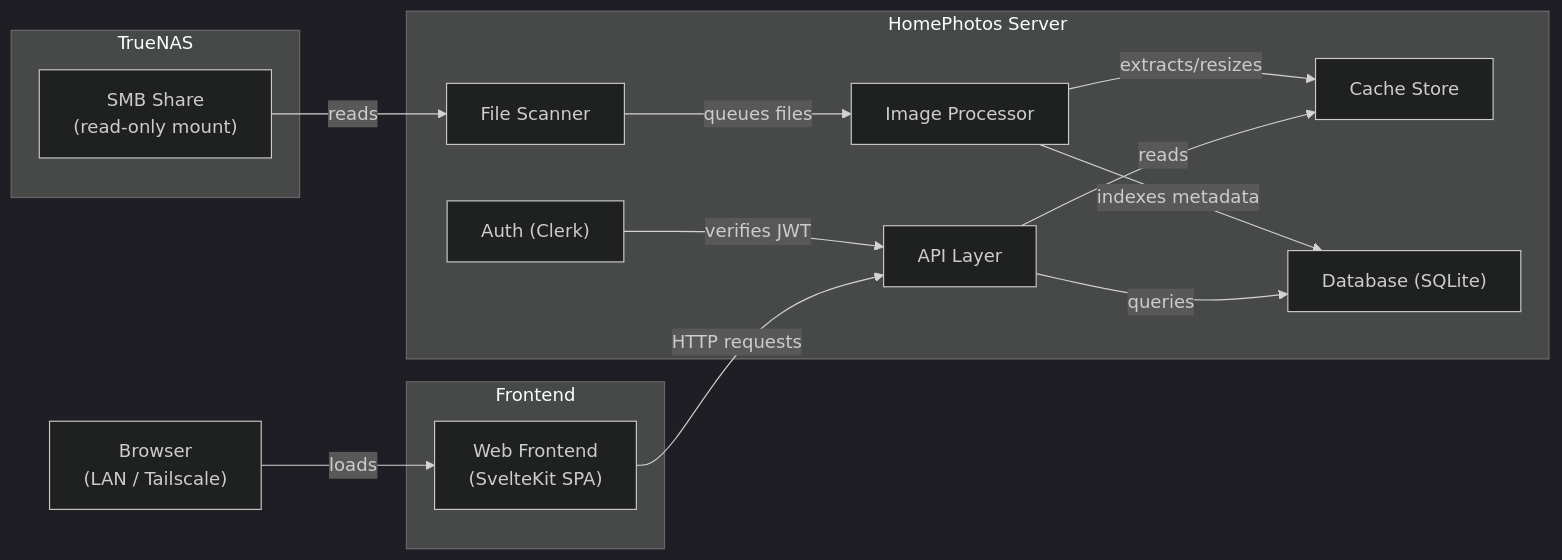
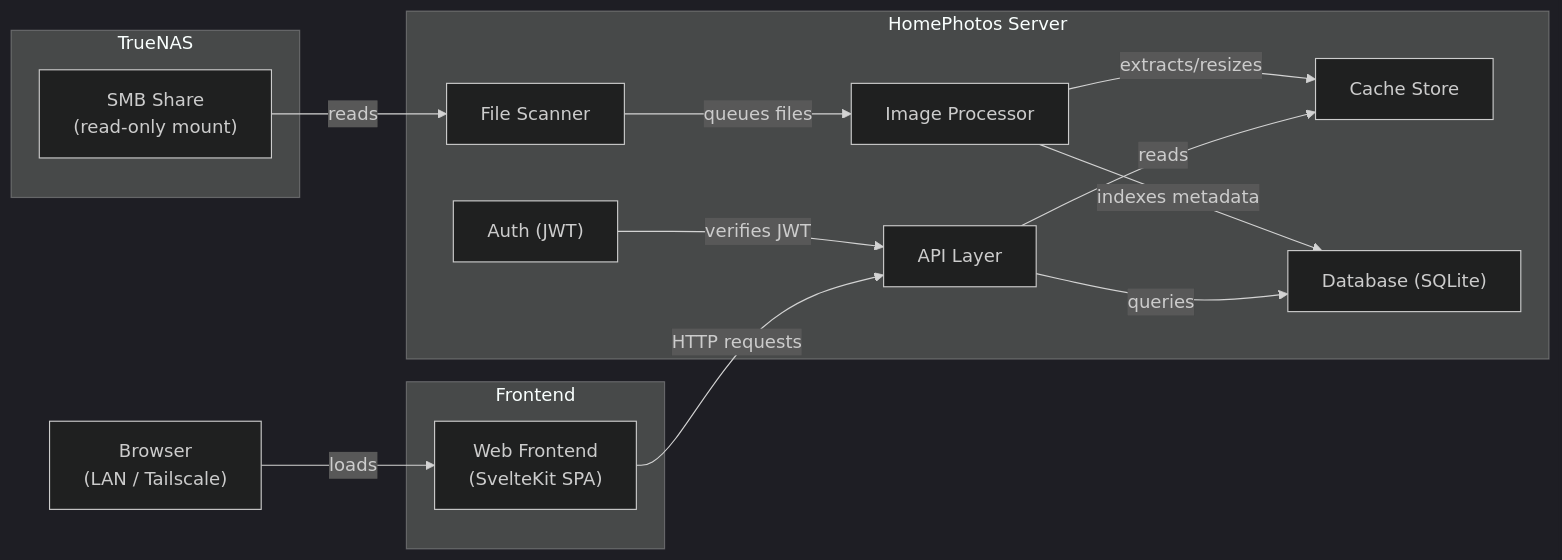
The diagram in docs/01-architecture.md (rgallagher27/HomePhotos), drawn with Mermaid (dark theme) before and after one commit. The commit also changed other lines of this file and 65 other files, not shown here.

````diff
--- a/docs/01-architecture.md
+++ b/docs/01-architecture.md
@@ -5,31 +5,31 @@
 ```mermaid
 flowchart LR
     subgraph TrueNAS
         SMB["SMB Share\n(read-only mount)"]
     end
 
     subgraph HomePhotos Server
         Scanner["File Scanner"]
         Processor["Image Processor"]
         Cache["Cache Store"]
         API["API Layer"]
-        Auth["Auth (Clerk)"]
+        Auth["Auth (JWT)"]
         DB["Database (SQLite)"]
     end
 
     subgraph Frontend
         SvelteKit["Web Frontend\n(SvelteKit SPA)"]
     end
 
     Browser["Browser\n(LAN / Tailscale)"]
 
     SMB -->|"reads"| Scanner
     Scanner -->|"queues files"| Processor
     Processor -->|"extracts/resizes"| Cache
     Processor -->|"indexes metadata"| DB
     API -->|"reads"| Cache
     API -->|"queries"| DB
     Auth -->|"verifies JWT"| API
     SvelteKit -->|"HTTP requests"| API
     Browser -->|"loads"| SvelteKit
 ```
````
